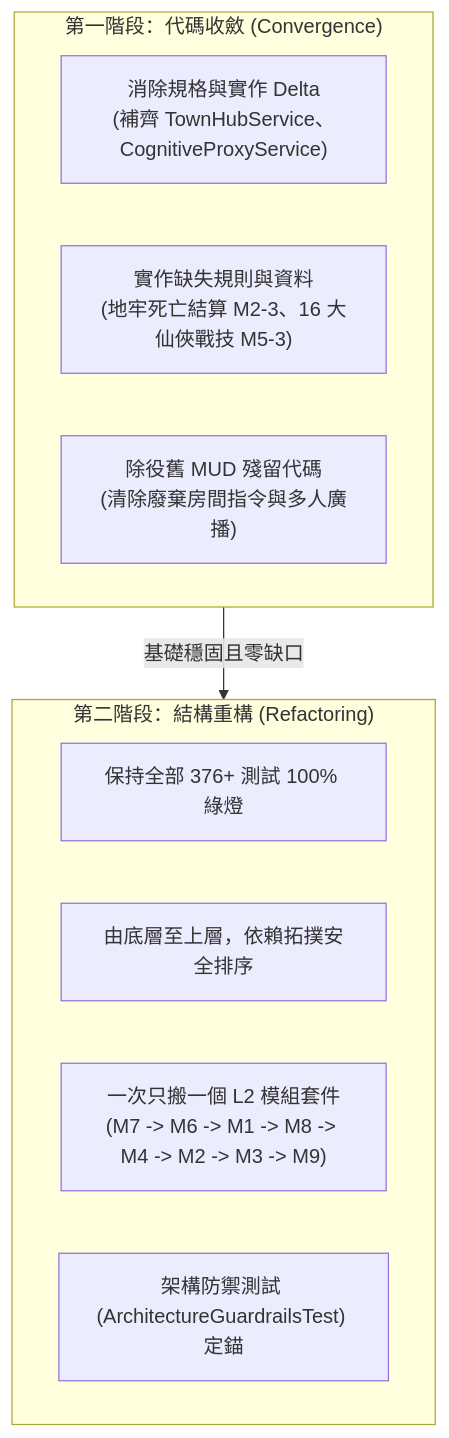
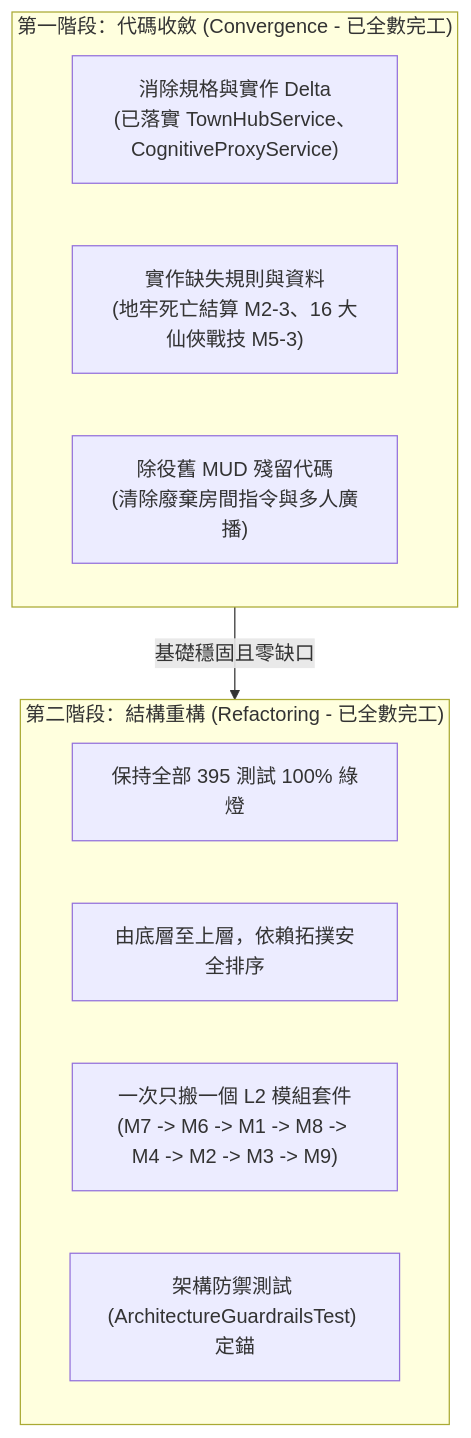
Before and after one commit to FTC-johnchien/practice_mud: the first of 2 diagrams in docs/3_task_lists/CODE_CONVERGENCE_AND_REFACTORING_TASKS.md, drawn with Mermaid. The commit also changed other lines of this file and 51 other files, not shown here.

````diff
--- a/docs/3_task_lists/CODE_CONVERGENCE_AND_REFACTORING_TASKS.md
+++ b/docs/3_task_lists/CODE_CONVERGENCE_AND_REFACTORING_TASKS.md
@@ -16,17 +16,17 @@
 ```mermaid
 graph TD
-    subgraph Convergence ["第一階段：代碼收斂 (Convergence)"]
-        C1["消除規格與實作 Delta<br>(補齊 TownHubService、CognitiveProxyService)"]
+    subgraph Convergence ["第一階段：代碼收斂 (Convergence - 已全數完工)"]
+        C1["消除規格與實作 Delta<br>(已落實 TownHubService、CognitiveProxyService)"]
         C2["實作缺失規則與資料<br>(地牢死亡結算 M2-3、16 大仙俠戰技 M5-3)"]
         C3["除役舊 MUD 殘留代碼<br>(清除廢棄房間指令與多人廣播)"]
     end
 
-    subgraph Refactoring ["第二階段：結構重構 (Refactoring)"]
-        R0["保持全部 376+ 測試 100% 綠燈"]
+    subgraph Refactoring ["第二階段：結構重構 (Refactoring - 已全數完工)"]
+        R0["保持全部 395 測試 100% 綠燈"]
         R1["由底層至上層，依賴拓撲安全排序"]
         R2["一次只搬一個 L2 模組套件<br>(M7 -> M6 -> M1 -> M8 -> M4 -> M2 -> M3 -> M9)"]
         R3["架構防禦測試 (ArchitectureGuardrailsTest) 定錨"]
     end
 
     Convergence -->|基礎穩固且零缺口| Refactoring
 ```
````
